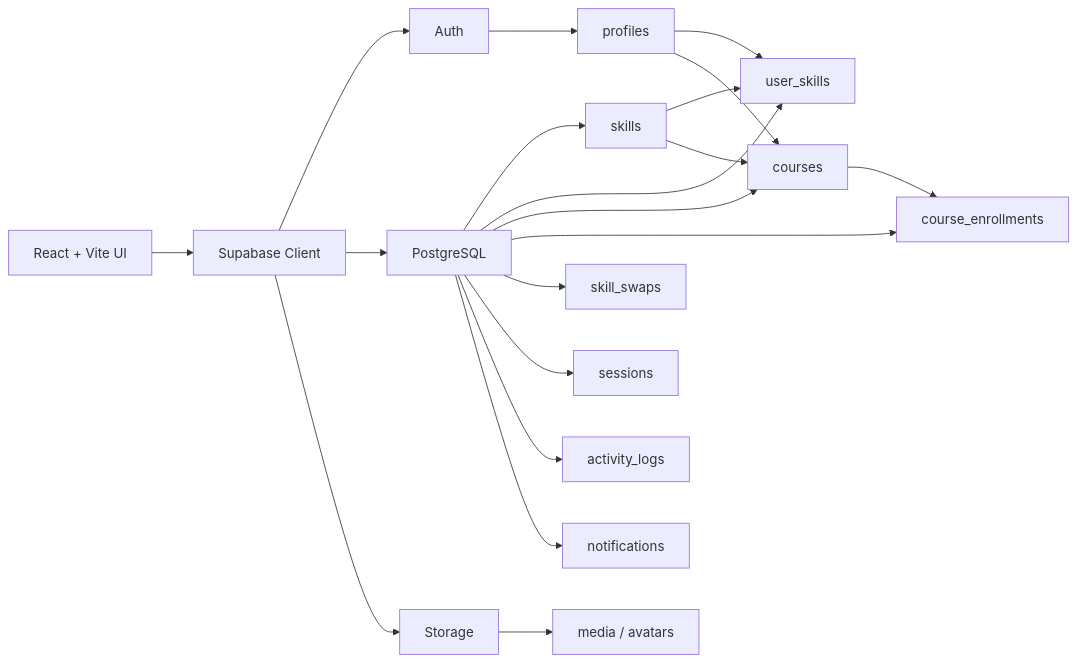
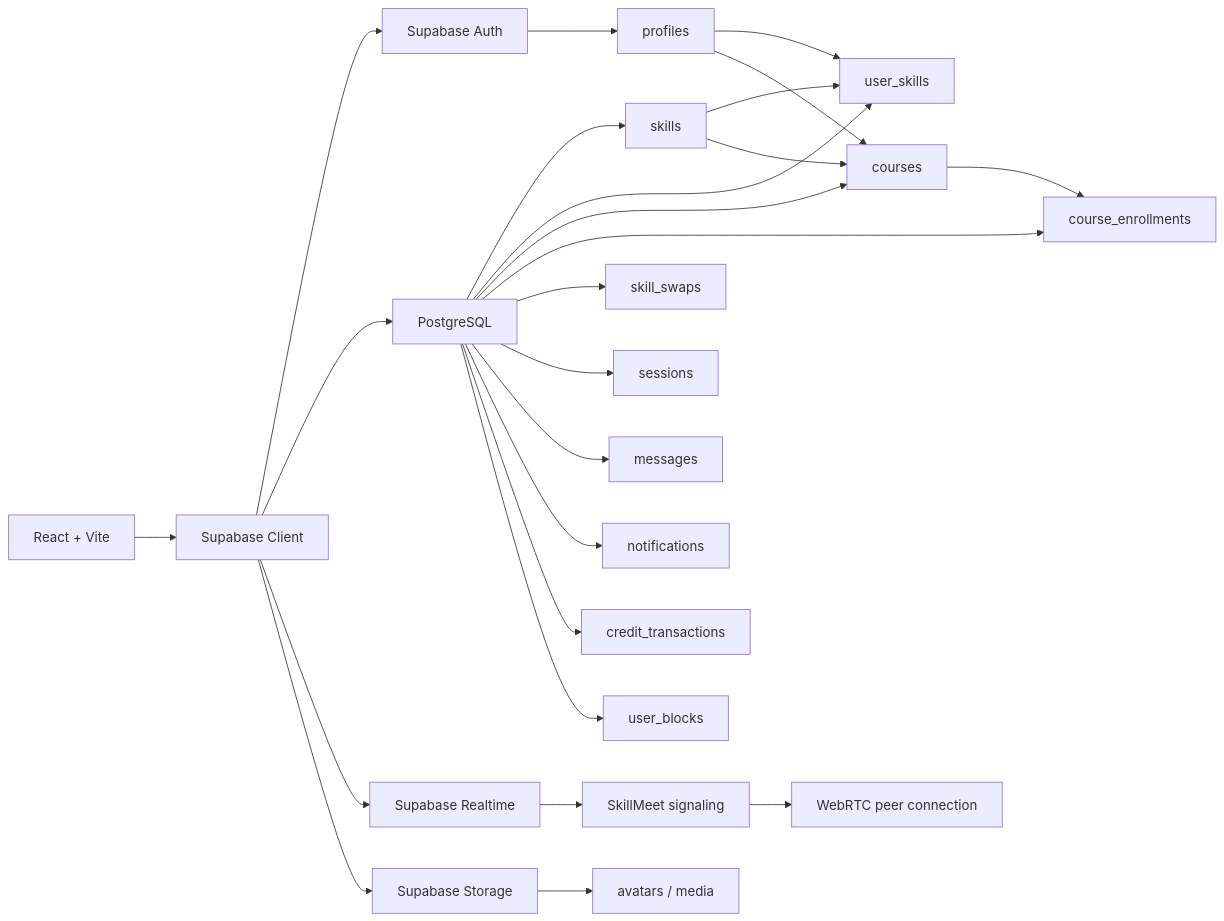
One commit to Tanvir-Azad-Mahir/SkillSwap changed the diagram in README.md. Above: the diagram before and after it, drawn with Mermaid. The commit also changed other lines of this file, not shown here.

````diff
--- a/README.md
+++ b/README.md
@@ -206,27 +442,33 @@
 ```mermaid
 flowchart LR
-    UI["React + Vite UI"] --> SB["Supabase Client"]
+    UI["React + Vite"] --> SB["Supabase Client"]
 
-    SB --> AUTH["Auth"]
+    SB --> AUTH["Supabase Auth"]
     SB --> DB["PostgreSQL"]
-    SB --> STORAGE["Storage"]
+    SB --> RT["Supabase Realtime"]
+    SB --> STORAGE["Supabase Storage"]
 
     AUTH --> P["profiles"]
 
     DB --> SK["skills"]
     DB --> US["user_skills"]
     DB --> C["courses"]
     DB --> CE["course_enrollments"]
     DB --> SW["skill_swaps"]
     DB --> SE["sessions"]
-    DB --> AL["activity_logs"]
+    DB --> M["messages"]
     DB --> N["notifications"]
+    DB --> CT["credit_transactions"]
+    DB --> UB["user_blocks"]
 
-    STORAGE --> M["media / avatars"]
+    STORAGE --> MEDIA["avatars / media"]
+
+    RT --> SM["SkillMeet signaling"]
+    SM --> WEBRTC["WebRTC peer connection"]
 
     P --> US
     SK --> US
     P --> C
     SK --> C
     C --> CE
 ```
````
